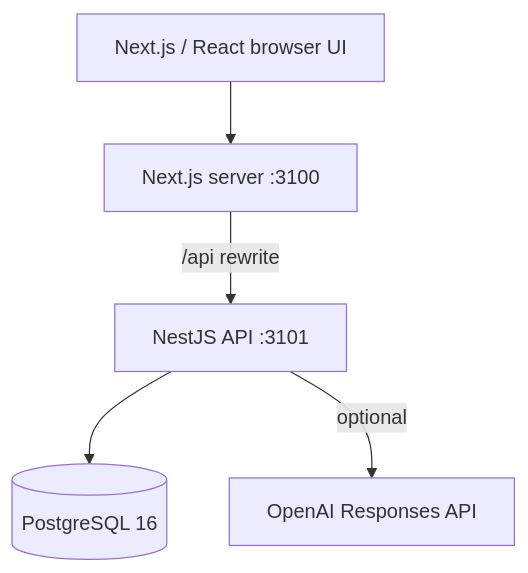
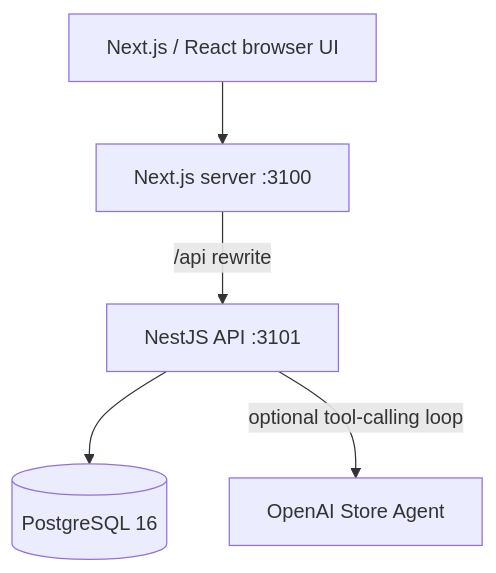
One commit to YuJieMichael/smartDepanneur changed the diagram in docs/ARCHITECTURE.md. Above: the diagram before and after it, drawn with Mermaid. The commit also changed other lines of this file and 19 other files, not shown here.

Commit message:
Add multilingual store agent

````diff
--- a/docs/ARCHITECTURE.md
+++ b/docs/ARCHITECTURE.md
@@ -5,13 +5,13 @@
 ```mermaid
 flowchart TB
   Browser["Next.js / React browser UI"]
   Next["Next.js server :3100"]
   API["NestJS API :3101"]
   DB[("PostgreSQL 16")]
-  AI["OpenAI Responses API"]
+  Agent["OpenAI Store Agent"]
 
   Browser --> Next
   Next -->|/api rewrite| API
   API --> DB
-  API -->|optional| AI
+  API -->|optional tool-calling loop| Agent
 ```
````
